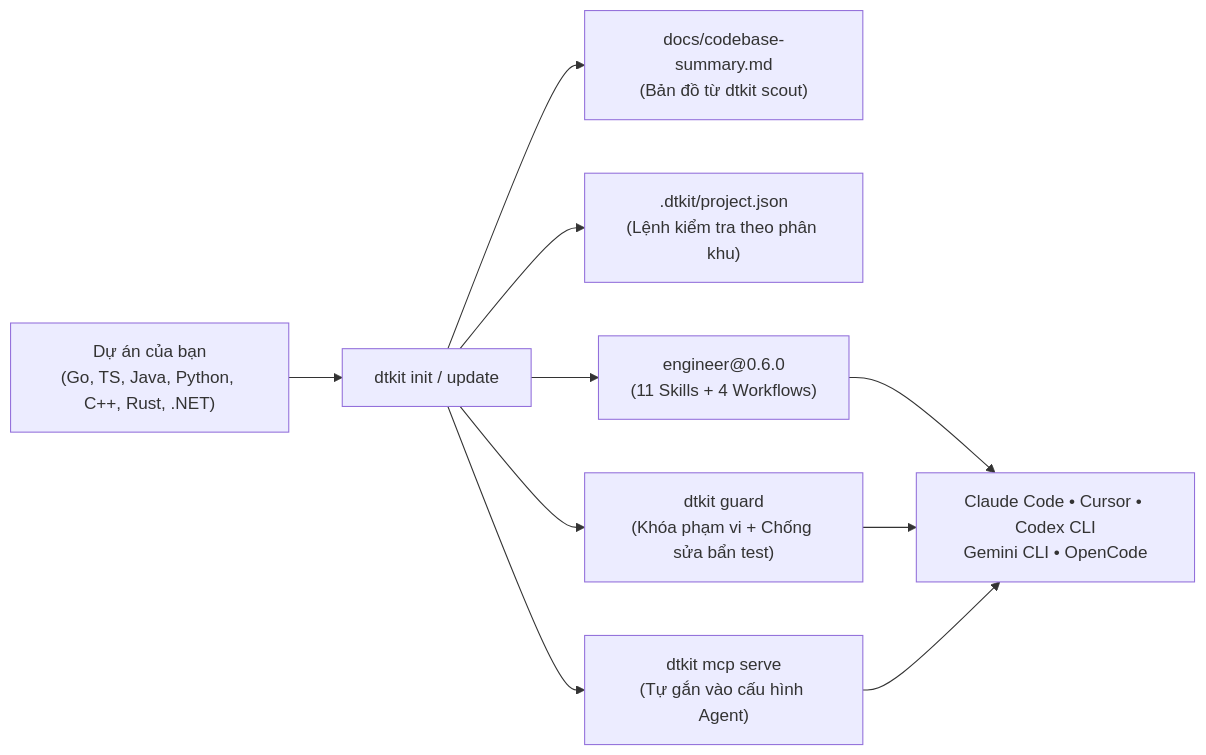
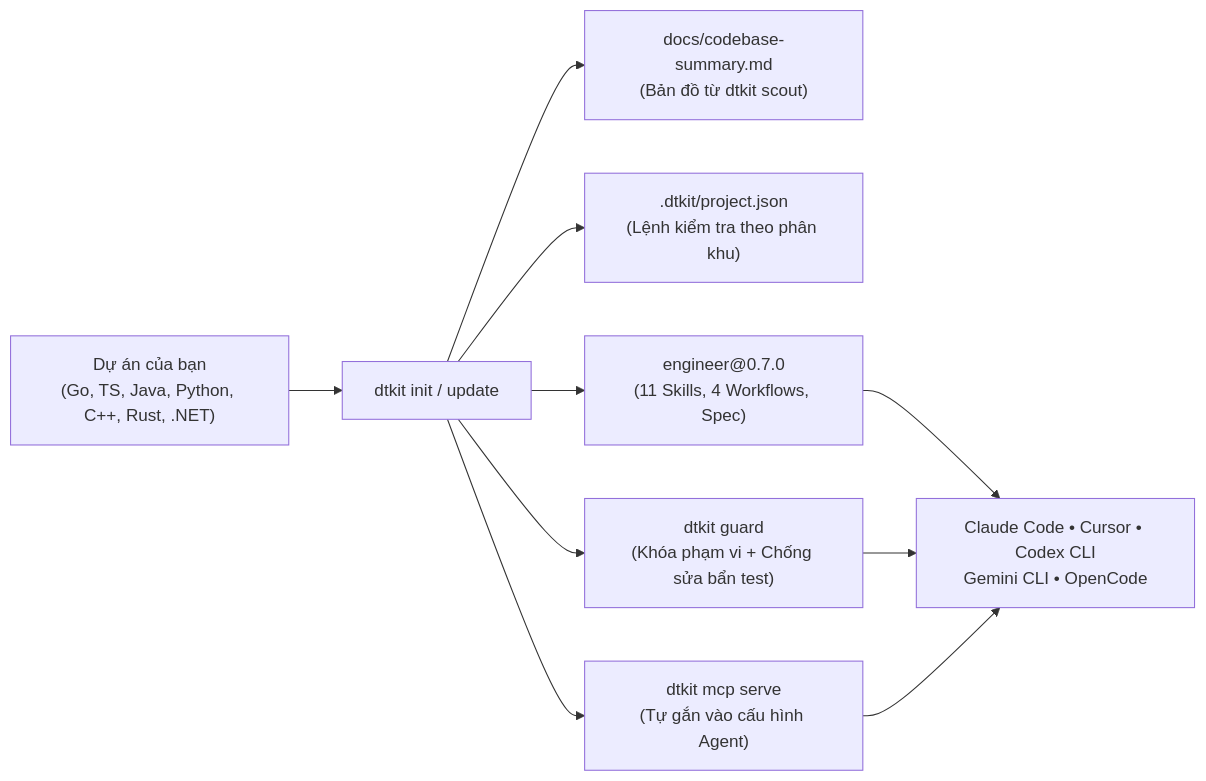
The first of 2 diagrams in docs/guide.vi.md (truong-newbie/Agent_Kit_Impl), drawn with Mermaid before and after one commit. The commit also changed other lines of this file and 36 other files, not shown here.

````diff
--- a/docs/guide.vi.md
+++ b/docs/guide.vi.md
@@ -27,12 +28,12 @@
 ```mermaid
 flowchart LR
     Repo["Dự án của bạn\n(Go, TS, Java, Python, C++, Rust, .NET)"] --> Init["dtkit init / update"]
     Init --> Scout["docs/codebase-summary.md\n(Bản đồ từ dtkit scout)"]
     Init --> Prof[".dtkit/project.json\n(Lệnh kiểm tra theo phân khu)"]
-    Init --> Kit["engineer@0.6.0\n(11 Skills + 4 Workflows)"]
+    Init --> Kit["engineer@0.7.0\n(11 Skills, 4 Workflows, Spec)"]
     Init --> Guard["dtkit guard\n(Khóa phạm vi + Chống sửa bẩn test)"]
     Init --> MCP["dtkit mcp serve\n(Tự gắn vào cấu hình Agent)"]
     Kit --> Agents["Claude Code • Cursor • Codex CLI\nGemini CLI • OpenCode"]
     Guard --> Agents
     MCP --> Agents
 ```
````
